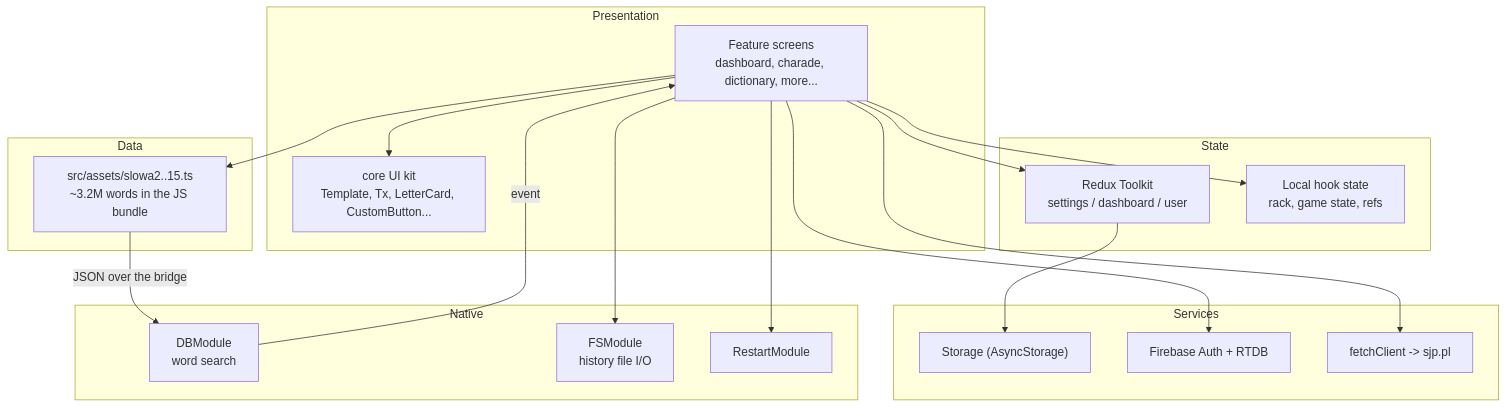
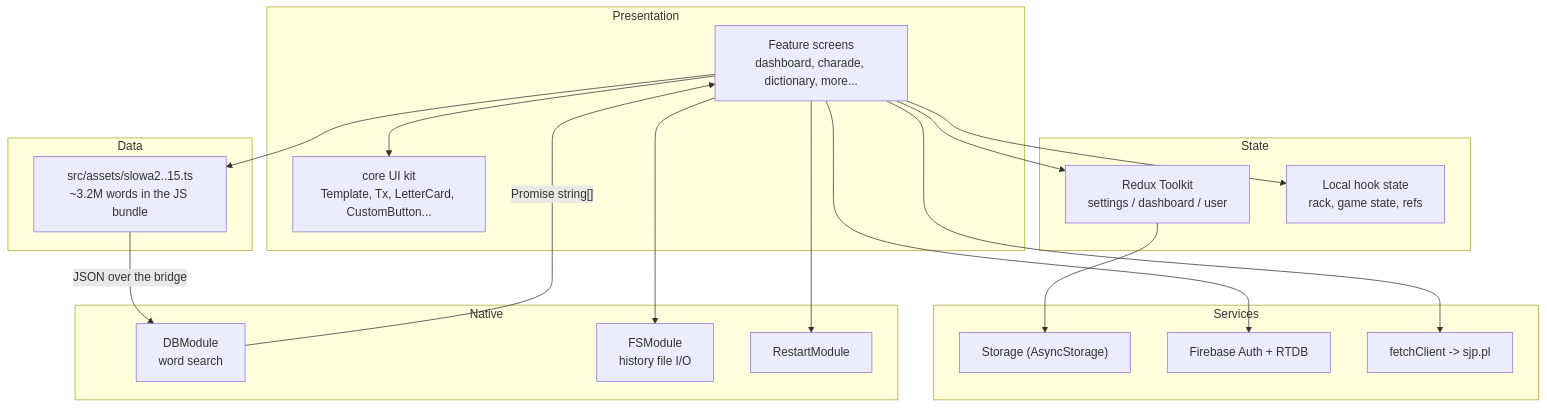
Before and after one commit to akruczek/wyrazowo: the first of 3 diagrams in docs/01-architecture.md, drawn with Mermaid. The commit also changed other lines of this file and 162 other files, not shown here.

````diff
--- a/docs/01-architecture.md
+++ b/docs/01-architecture.md
@@ -19,36 +19,36 @@
 ```mermaid
 flowchart TB
     subgraph presentation [Presentation]
         Screens["Feature screens<br/>dashboard, charade, dictionary, more..."]
         Kit["core UI kit<br/>Template, Tx, LetterCard, CustomButton..."]
     end
     subgraph state [State]
         Redux["Redux Toolkit<br/>settings / dashboard / user"]
         Local["Local hook state<br/>rack, game state, refs"]
     end
     subgraph services [Services]
         Storage["Storage (AsyncStorage)"]
         Firebase["Firebase Auth + RTDB"]
         Fetch["fetchClient -> sjp.pl"]
     end
     subgraph nativeLayer [Native]
         DBModule["DBModule<br/>word search"]
         FSModule["FSModule<br/>history file I/O"]
         RestartModule["RestartModule"]
     end
     subgraph data [Data]
         WordDB["src/assets/slowa2..15.ts<br/>~3.2M words in the JS bundle"]
     end
 
     Screens --> Kit
     Screens --> Redux
     Screens --> Local
     Redux --> Storage
     Screens --> Firebase
     Screens --> Fetch
     Screens --> WordDB
     WordDB -->|"JSON over the bridge"| DBModule
-    DBModule -->|"event"| Screens
+    DBModule -->|"Promise string[]"| Screens
     Screens --> FSModule
     Screens --> RestartModule
 ```
````
